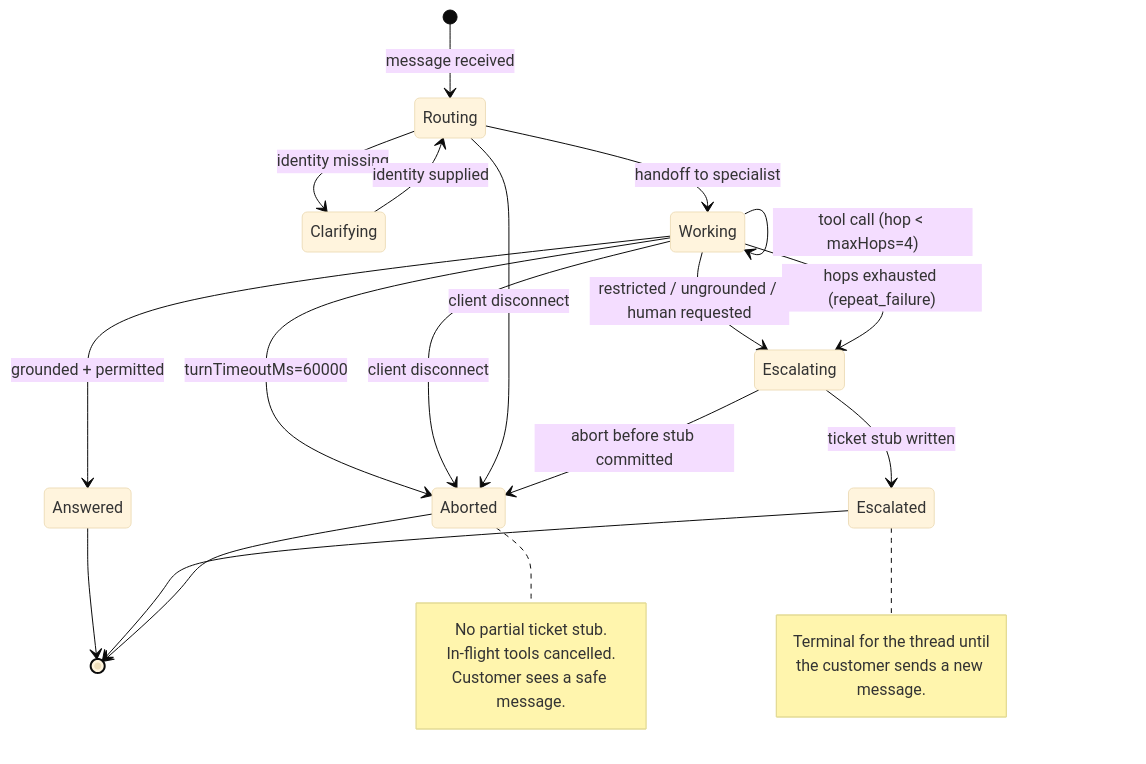
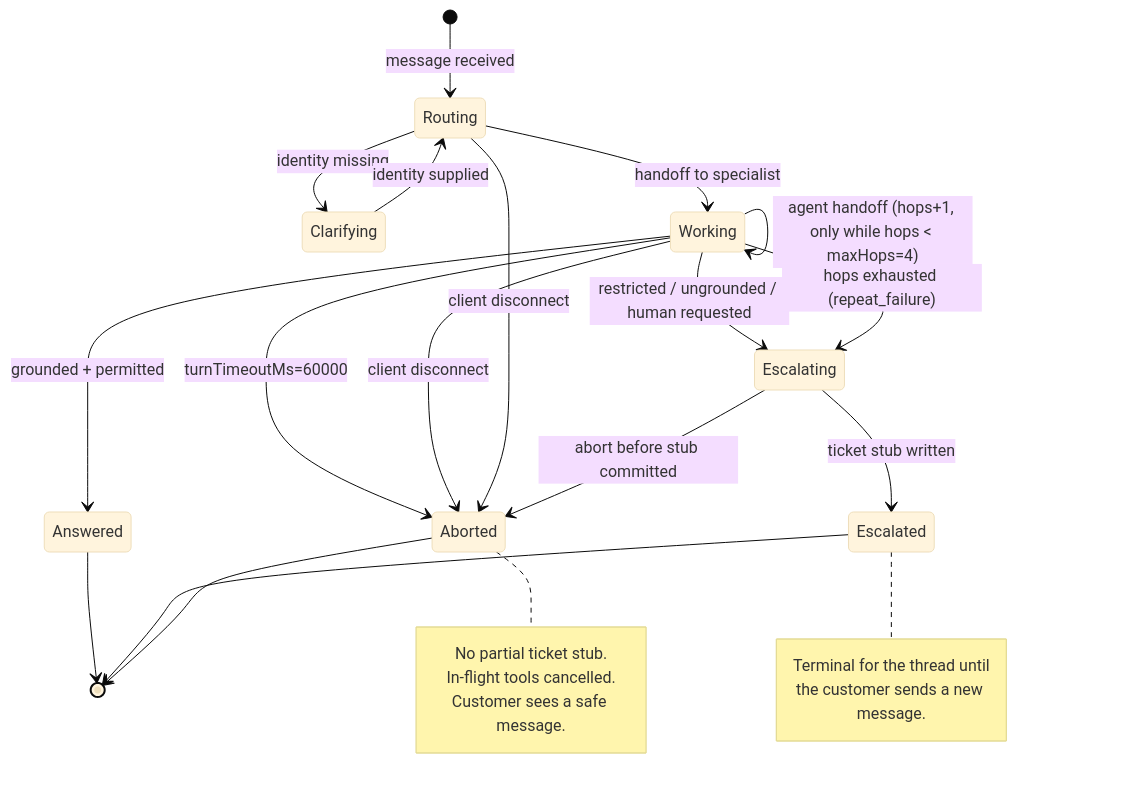
One commit to rmatx/multi-agent-cs-crew changed the fourth of 6 diagrams in project-context/1.define/sad.md. Above: the diagram before and after it, drawn with Mermaid (base theme). The commit also changed other lines of this file and 17 other files, not shown here.

First line of the commit message:
Add CrewAI scaffold and sync SAD with current architecture

````diff
--- a/project-context/1.define/sad.md
+++ b/project-context/1.define/sad.md
@@ -345,34 +345,35 @@
 ```mermaid
 stateDiagram-v2
   [*] --> Routing: message received
   Routing --> Clarifying: identity missing
   Clarifying --> Routing: identity supplied
   Routing --> Working: handoff to specialist
 
-  Working --> Working: tool call (hop < maxHops=4)
+  Working --> Working: tool call (in-agent — no hop)
+  Working --> Working: agent handoff (hops+1, only while hops < maxHops=4)
   Working --> Answered: grounded + permitted
   Working --> Escalating: restricted / ungrounded / human requested
   Working --> Escalating: hops exhausted (repeat_failure)
 
   Working --> Aborted: turnTimeoutMs=60000
   Working --> Aborted: client disconnect
   Routing --> Aborted: client disconnect
 
   Escalating --> Escalated: ticket stub written
   Escalating --> Aborted: abort before stub committed
 
   Answered --> [*]
   Escalated --> [*]
   Aborted --> [*]
 
   note right of Aborted
     No partial ticket stub.
     In-flight tools cancelled.
     Customer sees a safe message.
   end note
 
   note right of Escalated
     Terminal for the thread until
     the customer sends a new message.
   end note
 ```
````
